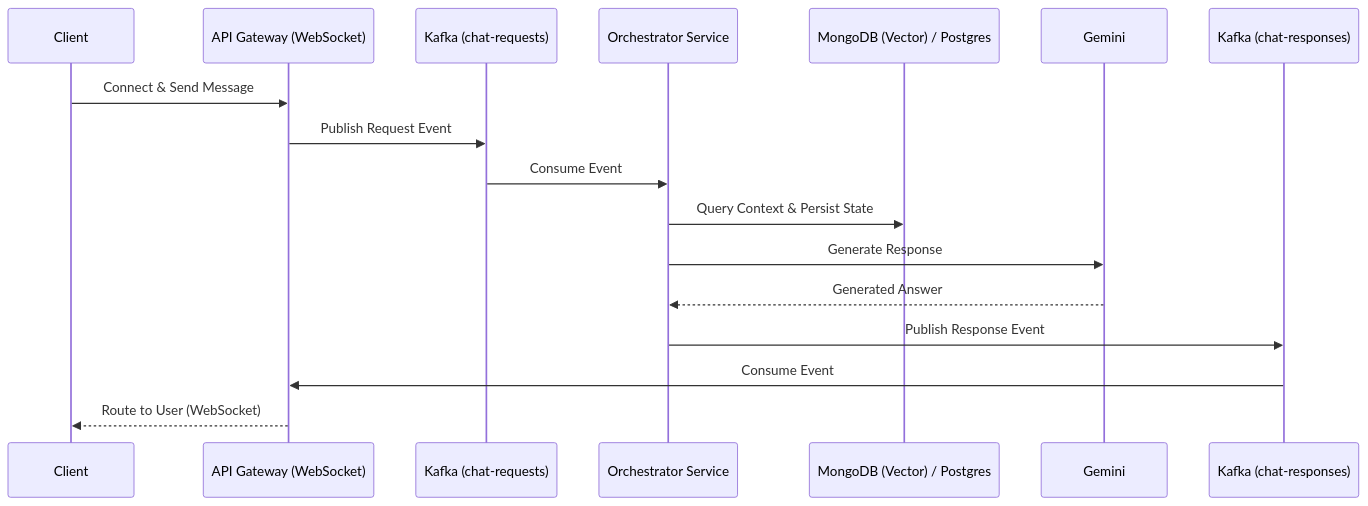
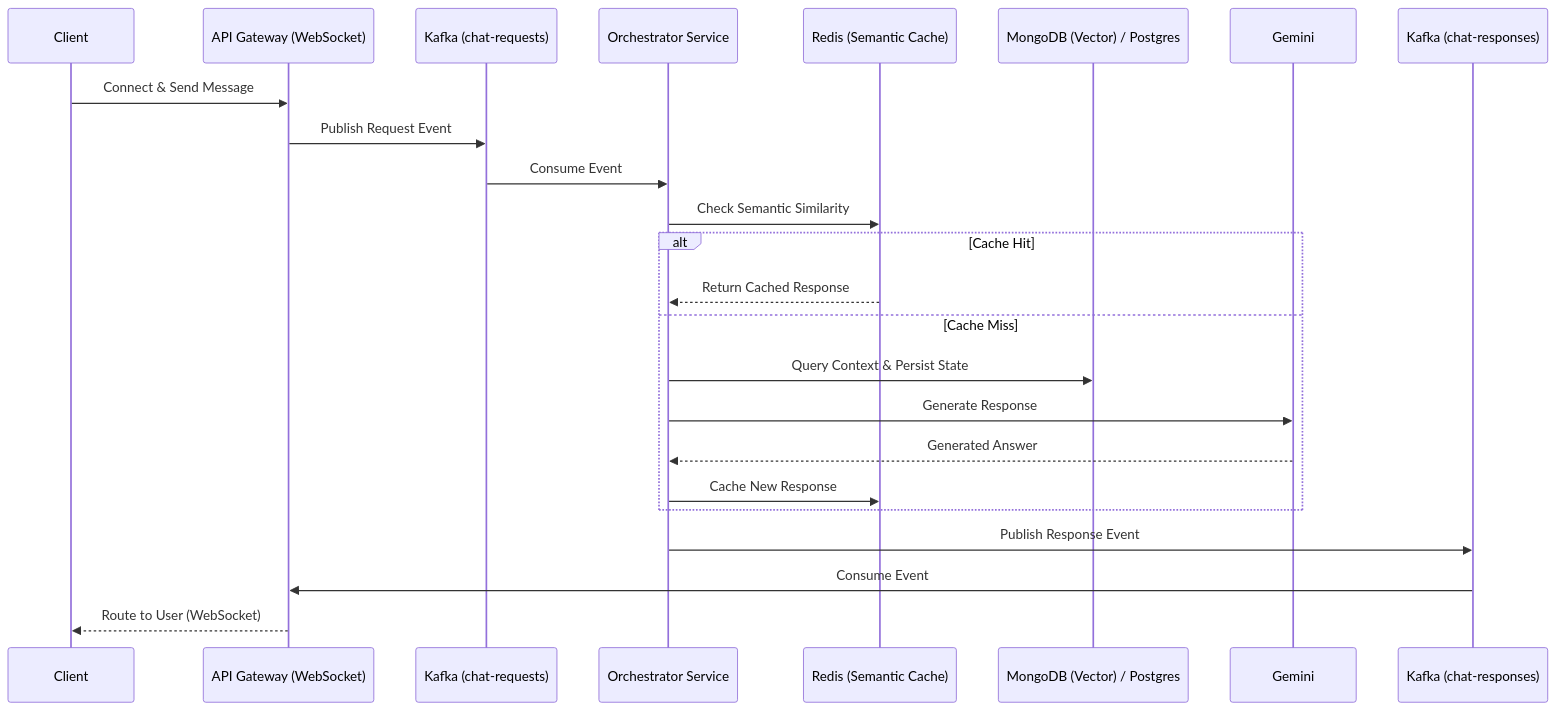
One commit to Ayushman2124/cortex-gate changed the diagram in README.md. Above: the diagram before and after it, drawn with Mermaid. The commit also changed other lines of this file, not shown here.

Commit message:
docs: Document Redis Semantic Cache architecture and tradeoff

````diff
--- a/README.md
+++ b/README.md
@@ -9,20 +9,29 @@
 ```mermaid
 sequenceDiagram
     participant Client
     participant API_Gateway as API Gateway (WebSocket)
     participant Kafka_Req as Kafka (chat-requests)
     participant Orchestrator as Orchestrator Service
+    participant Cache as Redis (Semantic Cache)
     participant DB as MongoDB (Vector) / Postgres
     participant Gemini
     participant Kafka_Res as Kafka (chat-responses)
 
     Client->>API_Gateway: Connect & Send Message
     API_Gateway->>Kafka_Req: Publish Request Event
     Kafka_Req->>Orchestrator: Consume Event
-    Orchestrator->>DB: Query Context & Persist State
-    Orchestrator->>Gemini: Generate Response
-    Gemini-->>Orchestrator: Generated Answer
+    Orchestrator->>Cache: Check Semantic Similarity
+    
+    alt Cache Hit
+        Cache-->>Orchestrator: Return Cached Response
+    else Cache Miss
+        Orchestrator->>DB: Query Context & Persist State
+        Orchestrator->>Gemini: Generate Response
+        Gemini-->>Orchestrator: Generated Answer
+        Orchestrator->>Cache: Cache New Response
+    end
+    
     Orchestrator->>Kafka_Res: Publish Response Event
     Kafka_Res->>API_Gateway: Consume Event
     API_Gateway-->>Client: Route to User (WebSocket)
 ```
````
